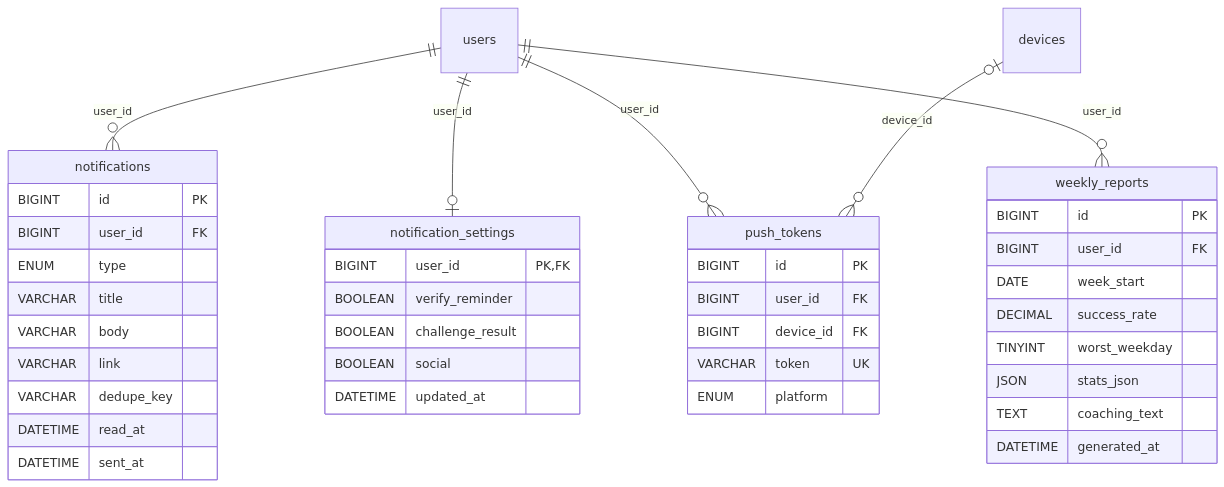
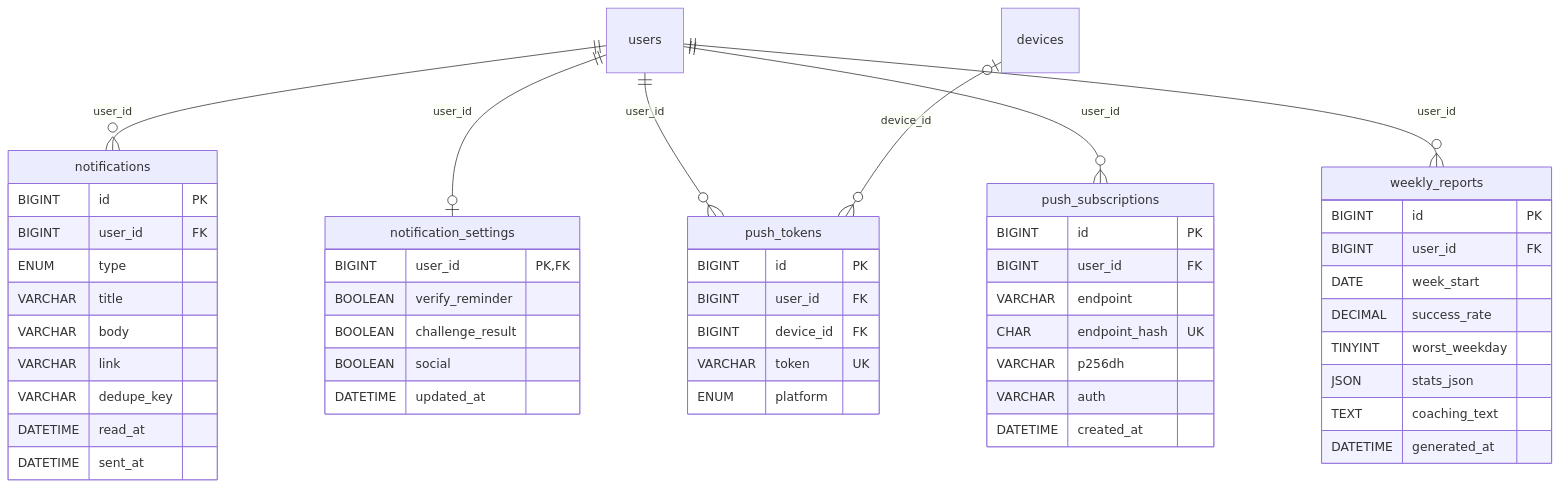
One commit to nae442939-prog/GodLife changed the tenth of 11 diagrams in docs/erd.md. Above: the diagram before and after it, drawn with Mermaid. The commit also changed other lines of this file and 18 other files, not shown here.

````diff
--- a/docs/erd.md
+++ b/docs/erd.md
@@ -1395,43 +1396,53 @@
 ```mermaid
 erDiagram
     notifications {
         BIGINT id PK
         BIGINT user_id FK
         ENUM type
         VARCHAR title
         VARCHAR body
         VARCHAR link
         VARCHAR dedupe_key
         DATETIME read_at
         DATETIME sent_at
     }
     notification_settings {
         BIGINT user_id PK, FK
         BOOLEAN verify_reminder
         BOOLEAN challenge_result
         BOOLEAN social
         DATETIME updated_at
     }
     push_tokens {
         BIGINT id PK
         BIGINT user_id FK
         BIGINT device_id FK
         VARCHAR token UK
         ENUM platform
     }
+    push_subscriptions {
+        BIGINT id PK
+        BIGINT user_id FK
+        VARCHAR endpoint
+        CHAR endpoint_hash UK
+        VARCHAR p256dh
+        VARCHAR auth
+        DATETIME created_at
+    }
     weekly_reports {
         BIGINT id PK
         BIGINT user_id FK
         DATE week_start
         DECIMAL success_rate
         TINYINT worst_weekday
         JSON stats_json
         TEXT coaching_text
         DATETIME generated_at
     }
     users ||--o{ notifications : "user_id"
     users ||--o| notification_settings : "user_id"
     users ||--o{ push_tokens : "user_id"
     devices |o--o{ push_tokens : "device_id"
+    users ||--o{ push_subscriptions : "user_id"
     users ||--o{ weekly_reports : "user_id"
 ```
````
